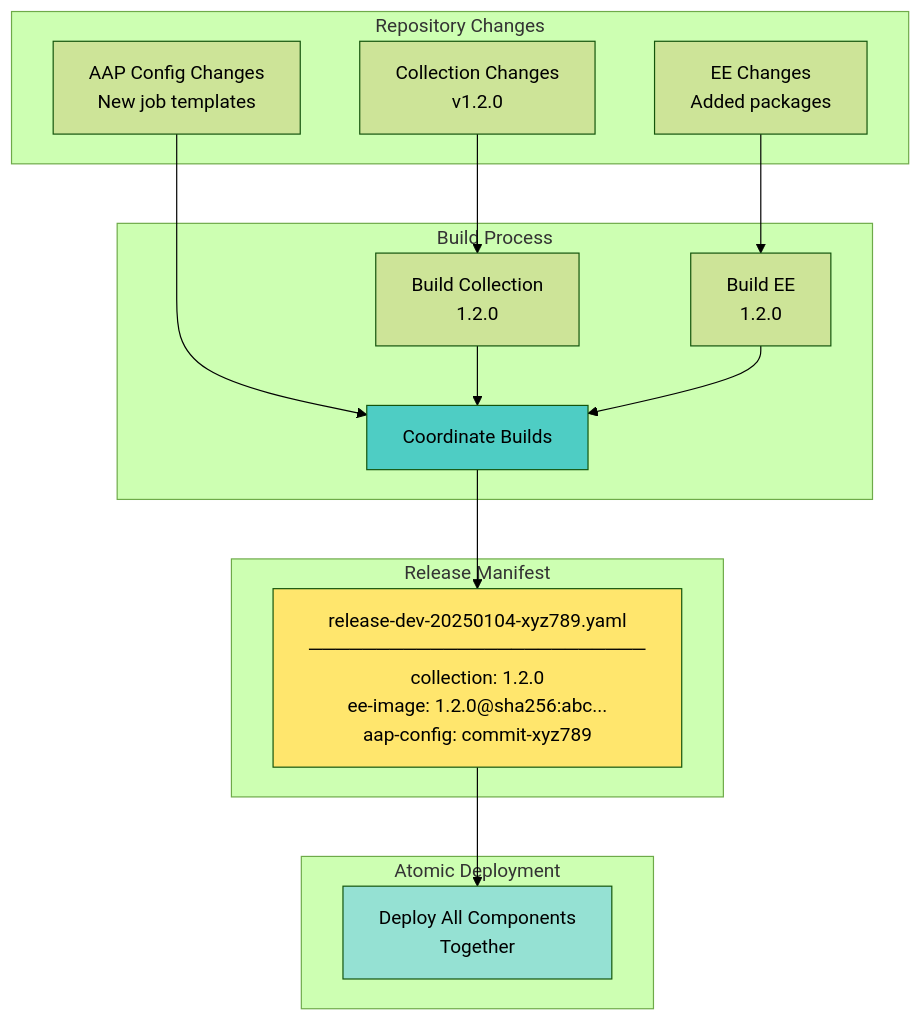
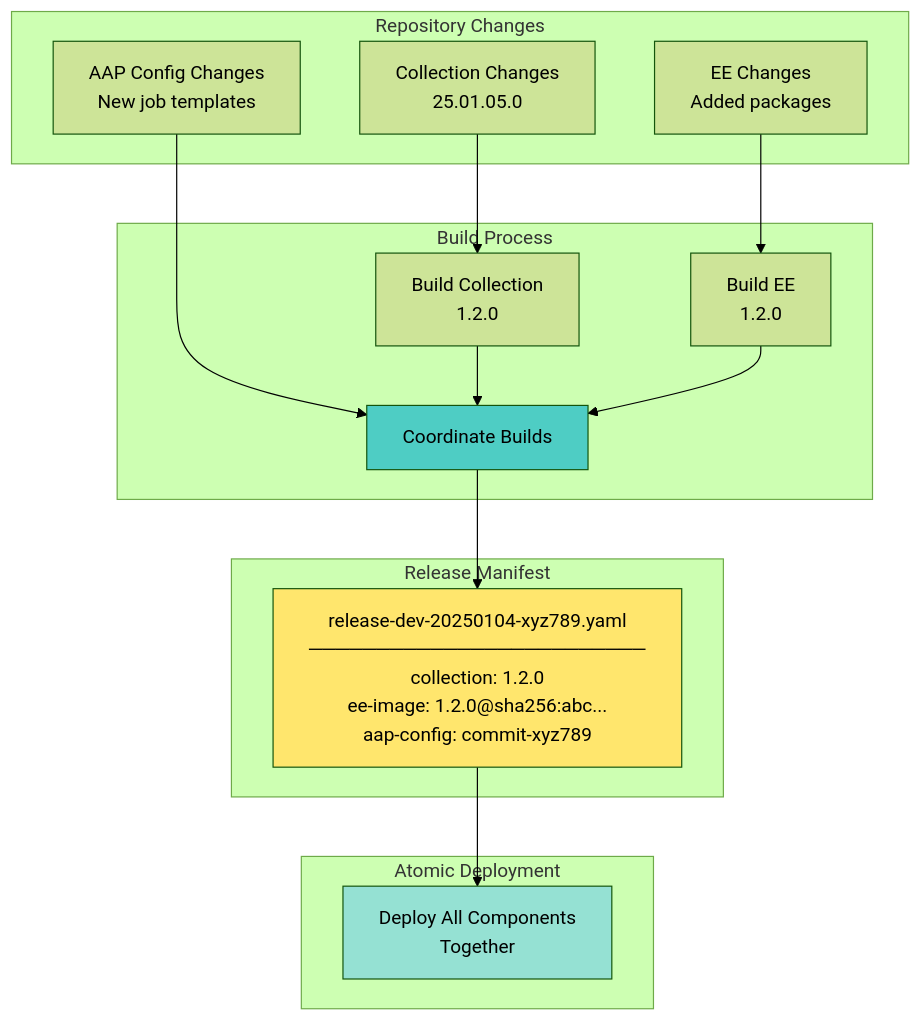
Diagram 15 of 17 in docs/diagrams/PROMOTION-FLOW.md (djdanielsson/rh1-docs), drawn with Mermaid (forest theme) before and after one commit. The commit also changed other lines of this file and 11 other files, not shown here.

````diff
--- a/docs/diagrams/PROMOTION-FLOW.md
+++ b/docs/diagrams/PROMOTION-FLOW.md
@@ -596,34 +596,34 @@
 ```mermaid
 graph TB
     subgraph "Repository Changes"
-        COL[Collection Changes<br/>v1.2.0]
+        COL[Collection Changes<br/>25.01.05.0]
         EE[EE Changes<br/>Added packages]
         AAP[AAP Config Changes<br/>New job templates]
     end
 
     subgraph "Build Process"
         BUILD_COL[Build Collection<br/>1.2.0]
         BUILD_EE[Build EE<br/>1.2.0]
         COMBINE[Coordinate Builds]
     end
 
     subgraph "Release Manifest"
         MANIFEST["release-dev-20250104-xyz789.yaml<br/>─────────────────────────<br/>collection: 1.2.0<br/>ee-image: 1.2.0@sha256:abc...<br/>aap-config: commit-xyz789"]
     end
 
     subgraph "Atomic Deployment"
         DEPLOY_ALL[Deploy All Components<br/>Together]
     end
 
     COL --> BUILD_COL
     EE --> BUILD_EE
     AAP --> COMBINE
     BUILD_COL --> COMBINE
     BUILD_EE --> COMBINE
     COMBINE --> MANIFEST
     MANIFEST --> DEPLOY_ALL
 
     style COMBINE fill:#4ecdc4
     style MANIFEST fill:#ffe66d
     style DEPLOY_ALL fill:#95e1d3
 ```
````
